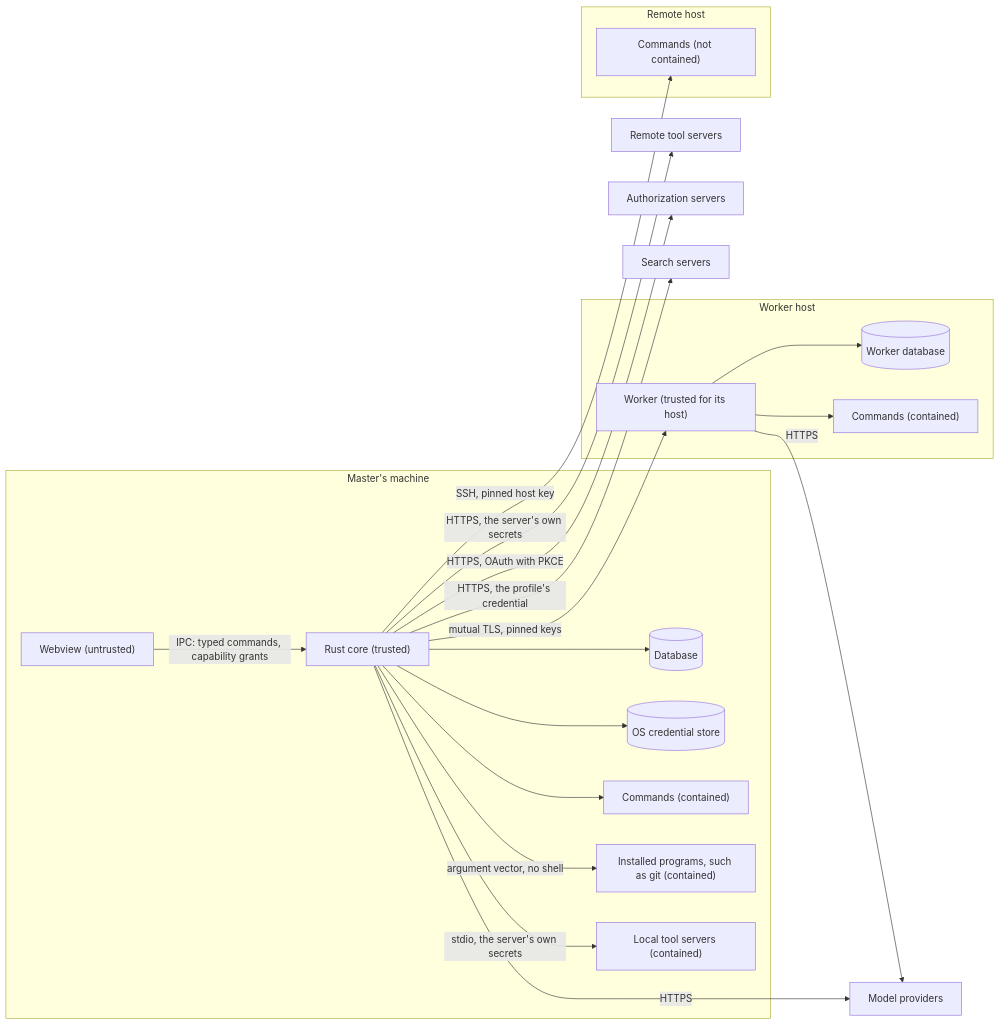
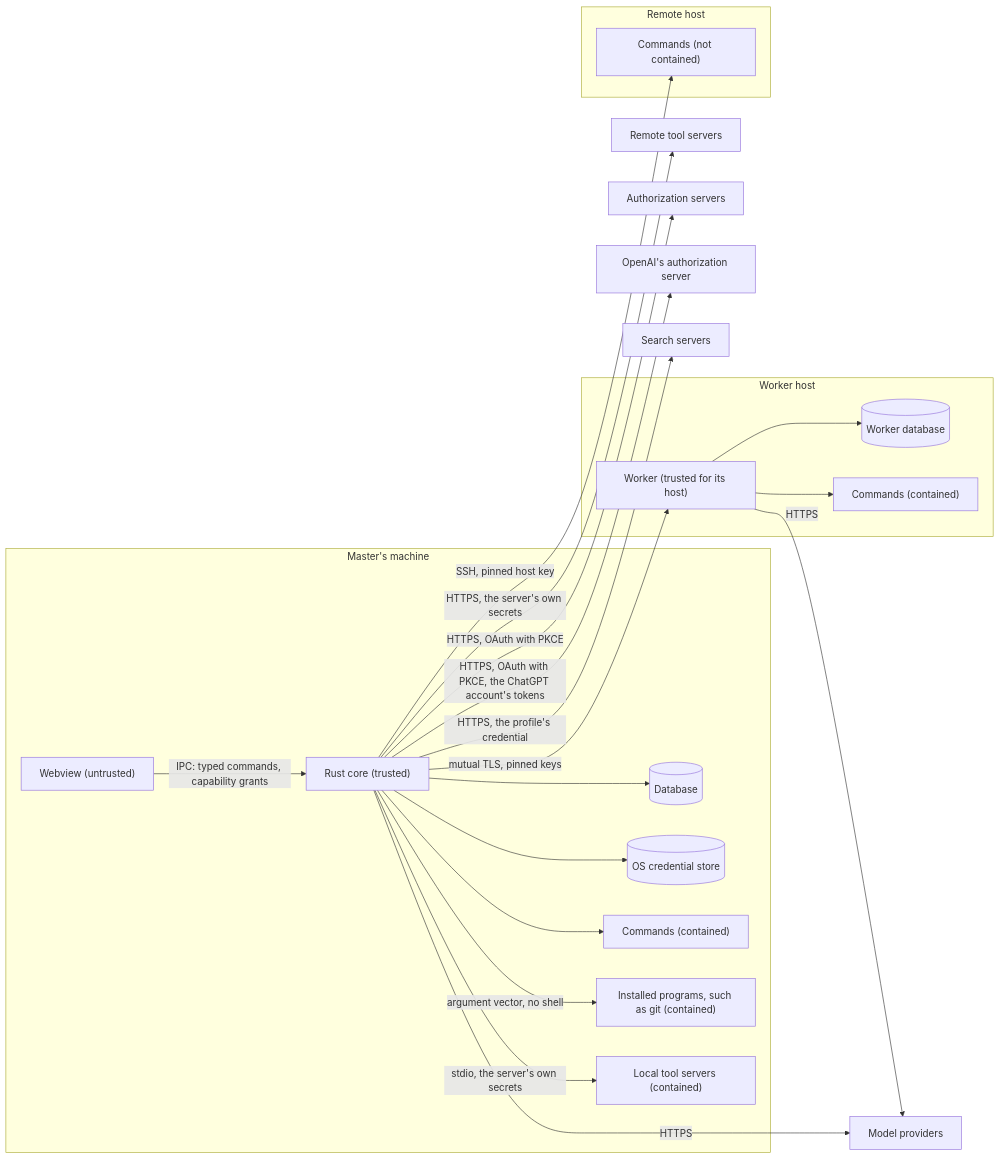
One commit to limbon2/mannie changed the diagram in docs/architecture/security.md. Above: the diagram before and after it, drawn with Mermaid. The commit also changed other lines of this file and 152 other files, not shown here.

````diff
--- a/docs/architecture/security.md
+++ b/docs/architecture/security.md
@@ -58,39 +60,41 @@
 ```mermaid
 flowchart LR
   subgraph MasterMachine["Master's machine"]
     WV["Webview (untrusted)"]
     Core["Rust core (trusted)"]
     Store[("Database")]
     Keys[("OS credential store")]
     Cmd["Commands (contained)"]
     Prog["Installed programs, such as git (contained)"]
     Local["Local tool servers (contained)"]
   end
   subgraph Host["Worker host"]
     Wk["Worker (trusted for its host)"]
     WStore[("Worker database")]
     WCmd["Commands (contained)"]
   end
   subgraph Remote["Remote host"]
     RCmd["Commands (not contained)"]
   end
   Tool["Remote tool servers"]
   Auth["Authorization servers"]
+  OpenAI["OpenAI's authorization server"]
   Prov["Model providers"]
   Search["Search servers"]
   WV -- "IPC: typed commands, capability grants" --> Core
   Core --> Store
   Core --> Keys
   Core --> Cmd
   Core -- "argument vector, no shell" --> Prog
   Core -- "mutual TLS, pinned keys" --> Wk
   Core -- "SSH, pinned host key" --> RCmd
   Core -- "stdio, the server's own secrets" --> Local
   Core -- "HTTPS, the server's own secrets" --> Tool
   Core -- "HTTPS, OAuth with PKCE" --> Auth
+  Core -- "HTTPS, OAuth with PKCE, the ChatGPT account's tokens" --> OpenAI
   Wk --> WStore
   Wk --> WCmd
   Core -- HTTPS --> Prov
   Core -- "HTTPS, the profile's credential" --> Search
   Wk -- HTTPS --> Prov
 ```
````
